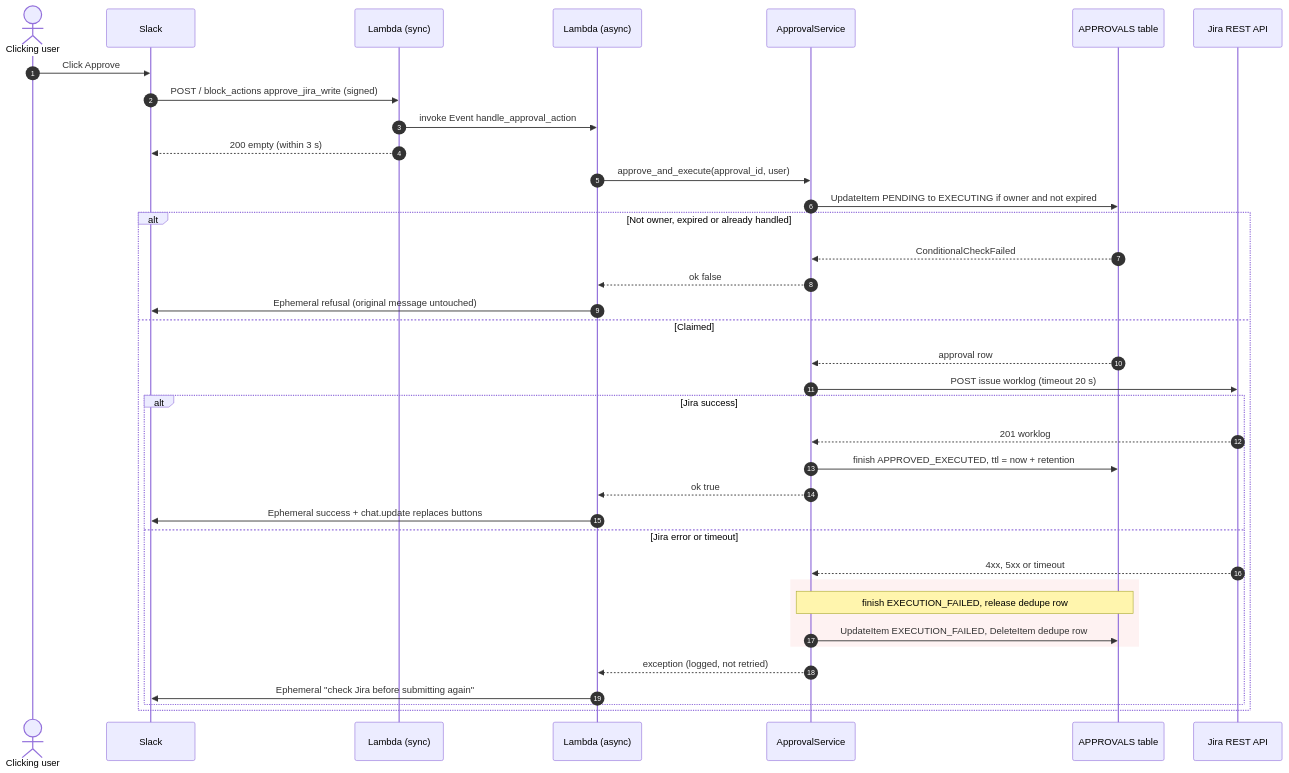
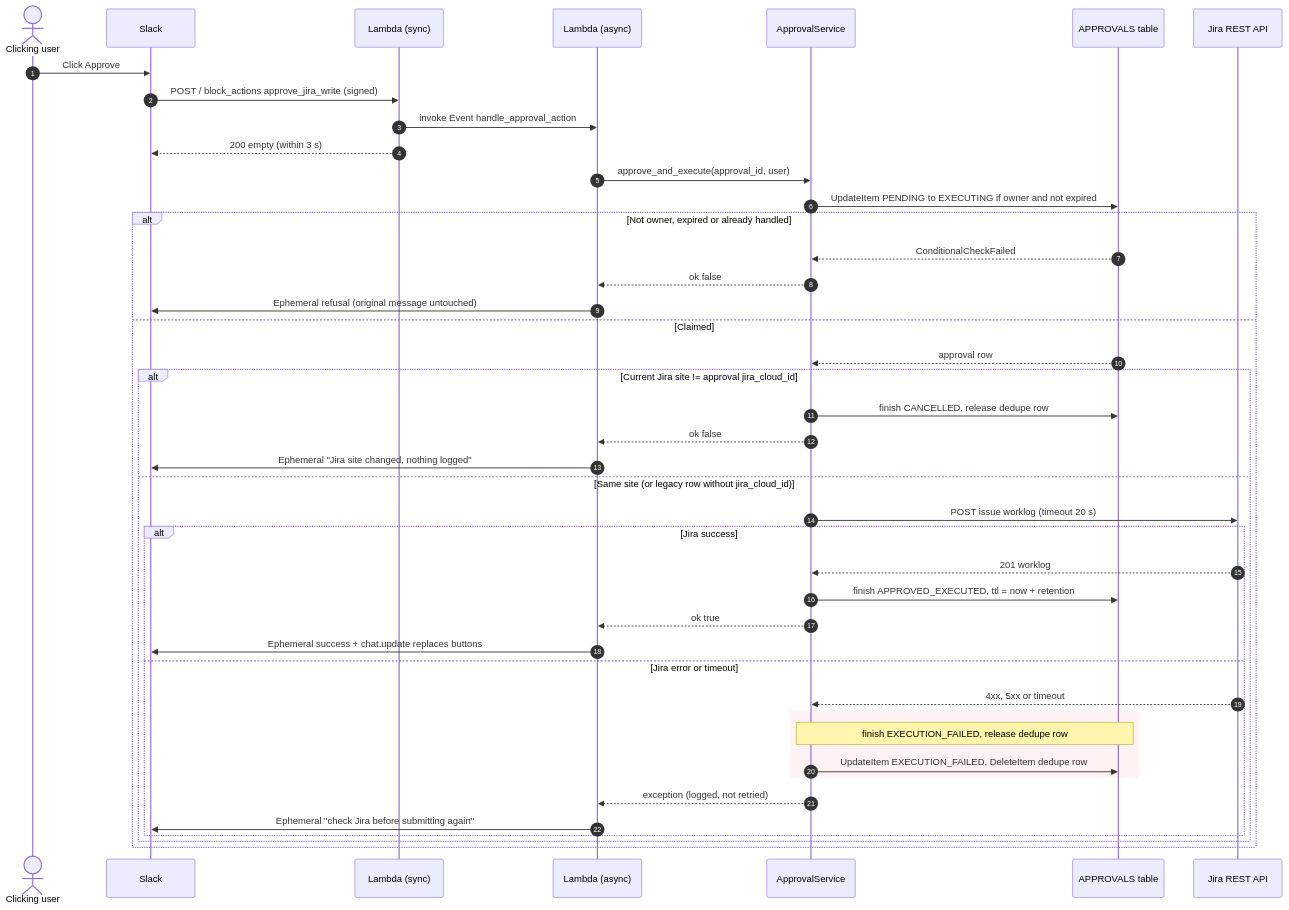
One commit to lolohoang123/jira_agent changed the fifth of 7 diagrams in docs/design/data_model_and_flows.md. Above: the diagram before and after it, drawn with Mermaid. The commit also changed other lines of this file and 14 other files, not shown here.

````diff
--- a/docs/design/data_model_and_flows.md
+++ b/docs/design/data_model_and_flows.md
@@ -256,40 +262,46 @@
 ```mermaid
 sequenceDiagram
     autonumber
     actor U as Clicking user
     participant SL as Slack
     participant L as Lambda (sync)
     participant A as Lambda (async)
     participant S as ApprovalService
     participant DB as APPROVALS table
     participant J as Jira REST API
 
     U->>SL: Click Approve
     SL->>L: POST / block_actions approve_jira_write (signed)
     L->>A: invoke Event handle_approval_action
     L-->>SL: 200 empty (within 3 s)
     A->>S: approve_and_execute(approval_id, user)
     S->>DB: UpdateItem PENDING to EXECUTING if owner and not expired
     alt Not owner, expired or already handled
         DB-->>S: ConditionalCheckFailed
         S-->>A: ok false
         A->>SL: Ephemeral refusal (original message untouched)
     else Claimed
         DB-->>S: approval row
+        alt Current Jira site != approval jira_cloud_id
+            S->>DB: finish CANCELLED, release dedupe row
+            S-->>A: ok false
+            A->>SL: Ephemeral "Jira site changed, nothing logged"
+        else Same site (or legacy row without jira_cloud_id)
         S->>J: POST issue worklog (timeout 20 s)
         alt Jira success
             J-->>S: 201 worklog
             S->>DB: finish APPROVED_EXECUTED, ttl = now + retention
             S-->>A: ok true
             A->>SL: Ephemeral success + chat.update replaces buttons
         else Jira error or timeout
             J-->>S: 4xx, 5xx or timeout
             rect rgb(254, 242, 242)
                 Note over S,DB: finish EXECUTION_FAILED, release dedupe row
                 S->>DB: UpdateItem EXECUTION_FAILED, DeleteItem dedupe row
             end
             S-->>A: exception (logged, not retried)
             A->>SL: Ephemeral "check Jira before submitting again"
         end
+        end
     end
 ```
````
